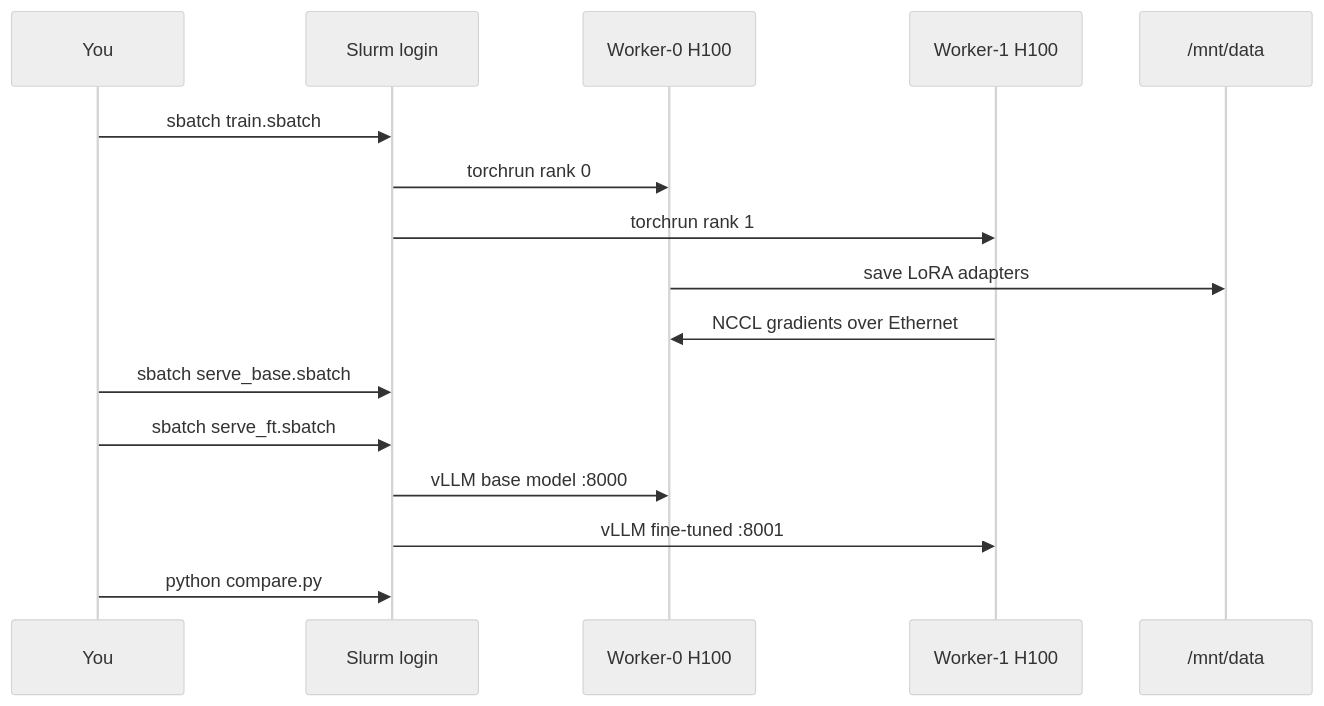
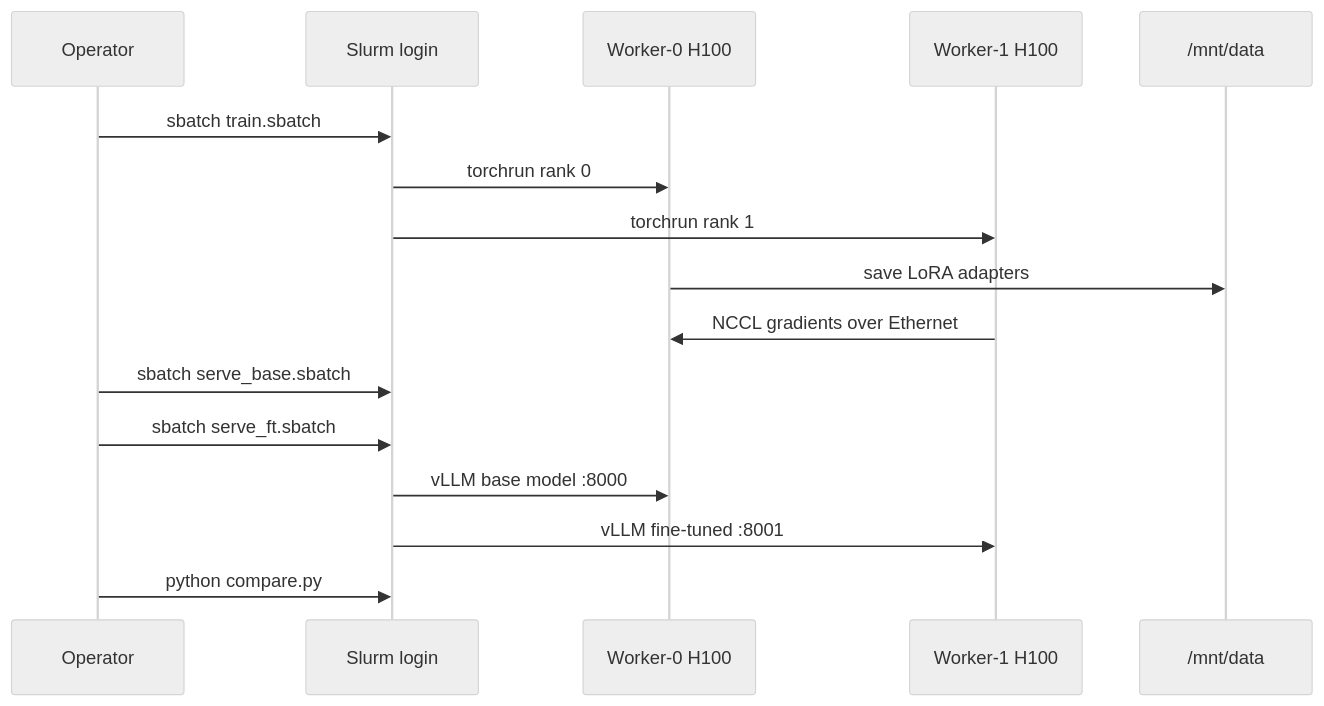
One commit to fabiogomezdiaz/nebius-demo-day changed the second of 2 diagrams in docs/architecture.md. Above: the diagram before and after it, drawn with Mermaid (neutral theme). The commit also changed other lines of this file and 14 other files, not shown here.

````diff
--- a/docs/architecture.md
+++ b/docs/architecture.md
@@ -43,19 +36,19 @@
 ```mermaid
 sequenceDiagram
-  participant You
+  participant Op as Operator
   participant Login as Slurm login
   participant W0 as Worker-0 H100
   participant W1 as Worker-1 H100
   participant Data as /mnt/data
 
-  You->>Login: sbatch train.sbatch
+  Op->>Login: sbatch train.sbatch
   Login->>W0: torchrun rank 0
   Login->>W1: torchrun rank 1
   W0->>Data: save LoRA adapters
   W1->>W0: NCCL gradients over Ethernet
-  You->>Login: sbatch serve_base.sbatch
-  You->>Login: sbatch serve_ft.sbatch
+  Op->>Login: sbatch serve_base.sbatch
+  Op->>Login: sbatch serve_ft.sbatch
   Login->>W0: vLLM base model :8000
   Login->>W1: vLLM fine-tuned :8001
-  You->>Login: python compare.py
+  Op->>Login: python compare.py
 ```
````
